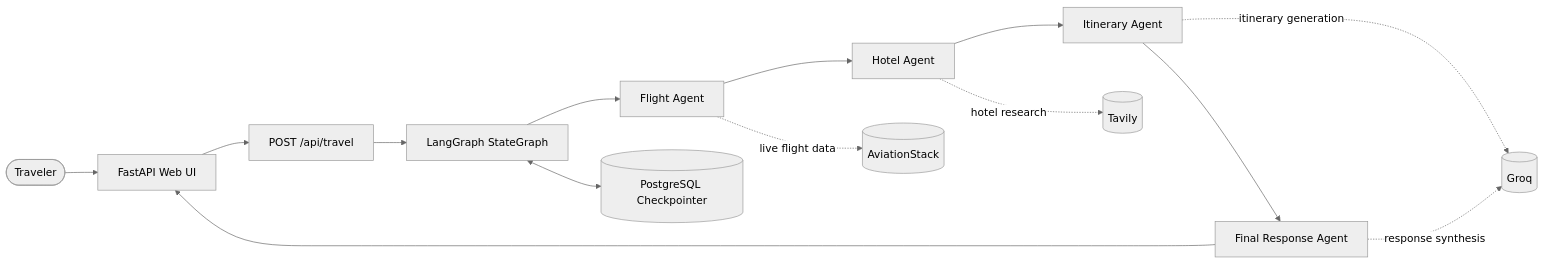
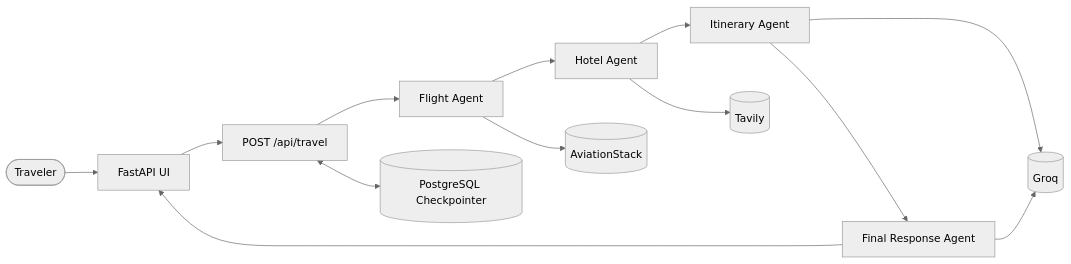
Before and after one commit to harshiit112/agentic_bot_01: the diagram in README.md, drawn with Mermaid (neutral theme). The commit also changed other lines of this file and 1 other file, not shown here.

````diff
--- a/README.md
+++ b/README.md
@@ -47,18 +32,15 @@
 ```mermaid
 graph LR
-    U([Traveler]) --> W[FastAPI Web UI]
-    W --> R[POST /api/travel]
-    R --> G[LangGraph StateGraph]
-
-    G --> F[Flight Agent]
+    U([Traveler]) --> UI[FastAPI UI]
+    UI --> API[POST /api/travel]
+    API --> F[Flight Agent]
     F --> H[Hotel Agent]
     H --> I[Itinerary Agent]
-    I --> A[Final Response Agent]
-
-    F -. live flight data .-> AS[(AviationStack)]
-    H -. hotel research .-> TV[(Tavily)]
-    I -. itinerary generation .-> GR[(Groq)]
-    A -. response synthesis .-> GR
-    G <--> PG[(PostgreSQL Checkpointer)]
-    A --> W
+    I --> R[Final Response Agent]
+    F --> A[(AviationStack)]
+    H --> T[(Tavily)]
+    I --> G[(Groq)]
+    R --> G
+    API <--> P[(PostgreSQL Checkpointer)]
+    R --> UI
 ```
````
